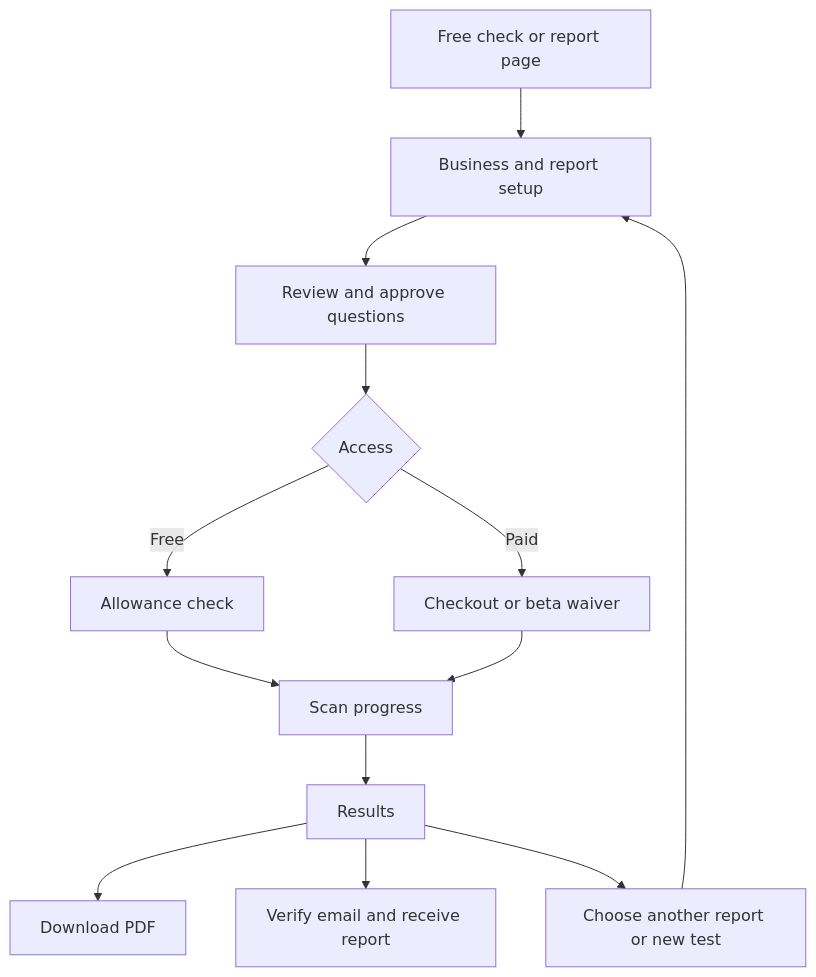
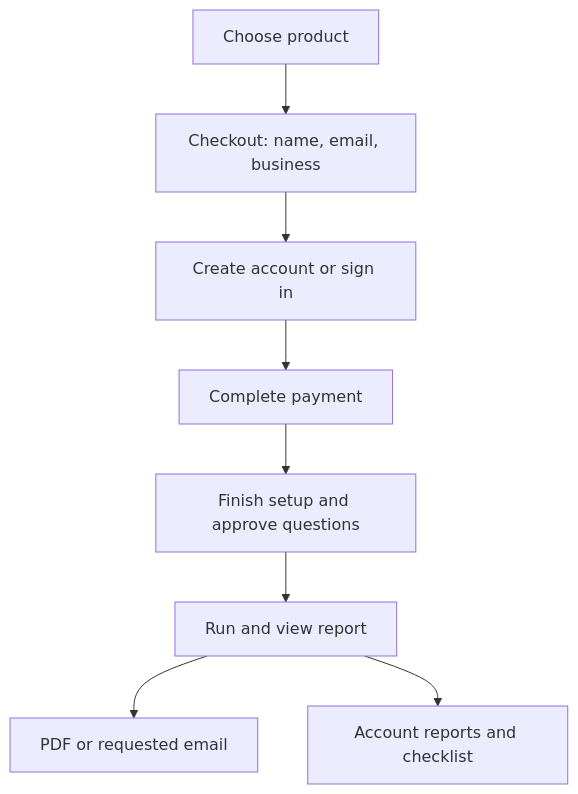
The second of 2 diagrams in docs/product/website-and-journey-map.md (javoniehodge-code/aibizscanner), drawn with Mermaid before and after one commit. The commit also changed other lines of this file and 12 other files, not shown here.

Commit message:
docs: align product flows, monitoring and checklists; add Claude Design skeleton

````diff
--- a/docs/product/website-and-journey-map.md
+++ b/docs/product/website-and-journey-map.md
@@ -43,15 +28,10 @@
 ```mermaid
 flowchart TD
-  E["Free check or report page"] --> S["Business and report setup"]
-  S --> Q["Review and approve questions"]
-  Q --> A{"Access"}
-  A -->|Free| F["Allowance check"]
-  A -->|Paid| P["Checkout or beta waiver"]
-  F --> R["Scan progress"]
-  P --> R
-  R --> O["Results"]
-  O --> X["Download PDF"]
-  O --> M["Verify email and receive report"]
-  O --> N["Choose another report or new test"]
-  N --> S
+  P["Choose product"] --> C["Checkout: name, email, business"]
+  C --> A["Create account or sign in"]
+  A --> PAY["Complete payment"]
+  PAY --> S["Finish setup and approve questions"]
+  S --> R["Run and view report"]
+  R --> D["PDF or requested email"]
+  R --> W["Account reports and checklist"]
 ```
````
